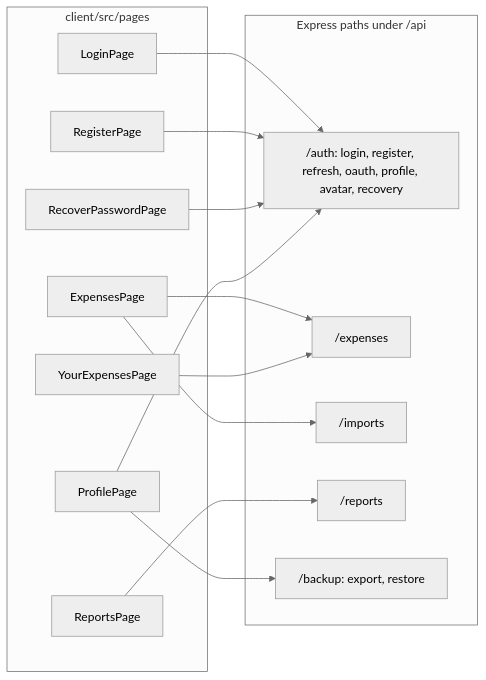
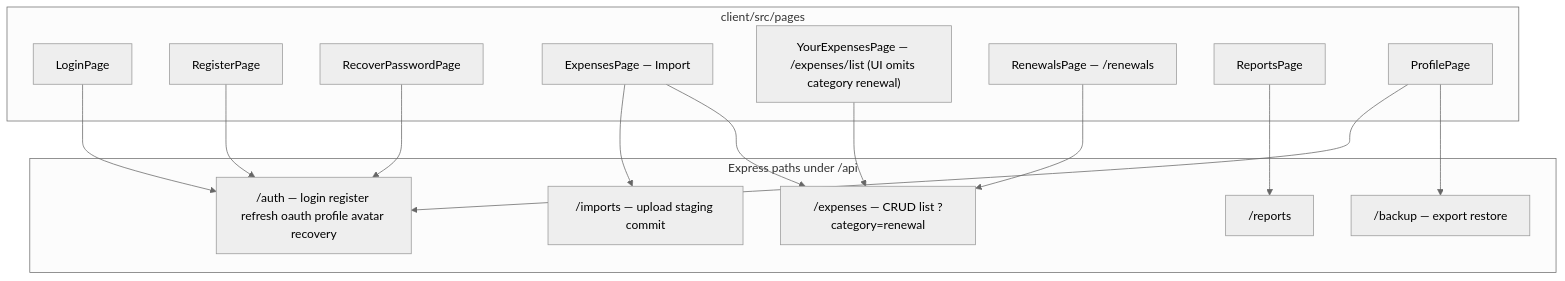
One commit to becomeonewiththecode/expense_tracker changed the seventh of 16 diagrams in docs/ARCHITECTURE_DIAGRAM.md. Above: the diagram before and after it, drawn with Mermaid (neutral theme). The commit also changed other lines of this file and 18 other files, not shown here.

First line of the commit message:
Add Renewals area; hide renewal rows on Expenses list; docs

````diff
--- a/docs/ARCHITECTURE_DIAGRAM.md
+++ b/docs/ARCHITECTURE_DIAGRAM.md
@@ -223,29 +242,32 @@
 ```mermaid
-flowchart LR
+flowchart TB
   subgraph pages [client/src/pages]
     LP[LoginPage]
     RP[RegisterPage]
     Rcv[RecoverPasswordPage]
-    EP[ExpensesPage]
-    YEP[YourExpensesPage]
+    EP[ExpensesPage — Import]
+    YEP["YourExpensesPage — /expenses/list (UI omits category renewal)"]
+    NRP[RenewalsPage — /renewals]
     RPg[ReportsPage]
     PP[ProfilePage]
   end
 
   subgraph api [Express paths under /api]
-    A1["/auth: login, register, refresh, oauth, profile, avatar, recovery"]
-    A2["/expenses"]
-    A3["/imports"]
+    A1["/auth — login register refresh oauth profile avatar recovery"]
+    A2["/expenses — CRUD list ?category=renewal"]
+    A3["/imports — upload staging commit"]
     A4["/reports"]
-    A5["/backup: export, restore"]
+    A5["/backup — export restore"]
   end
 
   LP --> A1
   RP --> A1
   Rcv --> A1
   PP --> A1
   PP --> A5
-  EP --> A2 & A3
+  EP --> A3
+  EP --> A2
   YEP --> A2
+  NRP --> A2
   RPg --> A4
 ```
````
